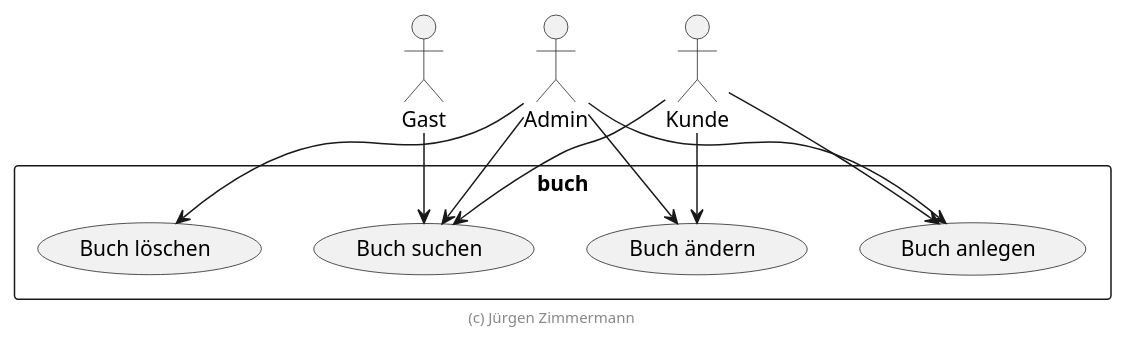
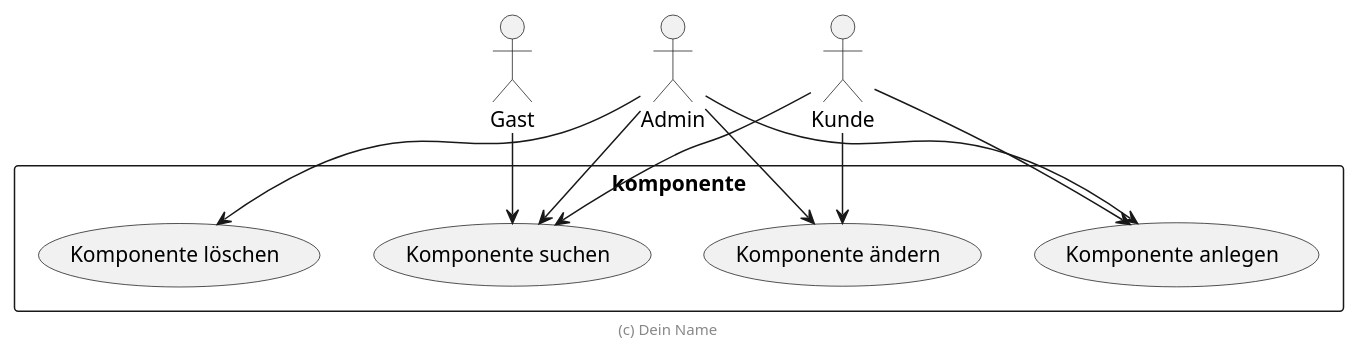
The diagram in .extras/doc/projekthandbuch/use-cases.plantuml (davidjjflaig/pc), drawn with PlantUML before and after one commit. The commit also changed other lines of this file and 12 other files, not shown here.

```diff
--- a/.extras/doc/projekthandbuch/use-cases.plantuml
+++ b/.extras/doc/projekthandbuch/use-cases.plantuml
@@ -18,20 +1,21 @@
 @startuml Use Cases
 
 actor Gast
 actor Admin
 actor Kunde
 
-rectangle buch {
-    Gast --> (Buch suchen)
-    Admin --> (Buch suchen)
-    Admin --> (Buch anlegen)
-    Admin --> (Buch ändern)
-    Admin --> (Buch löschen)
-    Kunde --> (Buch suchen)
-    Kunde --> (Buch anlegen)
-    Kunde --> (Buch ändern)
+' Das System-Rechteck wurde von "buch" auf "komponente" umbenannt
+rectangle komponente {
+    Gast --> (Komponente suchen)
+    Admin --> (Komponente suchen)
+    Admin --> (Komponente anlegen)
+    Admin --> (Komponente ändern)
+    Admin --> (Komponente löschen)
+    Kunde --> (Komponente suchen)
+    Kunde --> (Komponente anlegen)
+    Kunde --> (Komponente ändern)
 }
 
-footer (c) Jürgen Zimmermann
+footer (c) Dein Name
 
 @enduml
```
